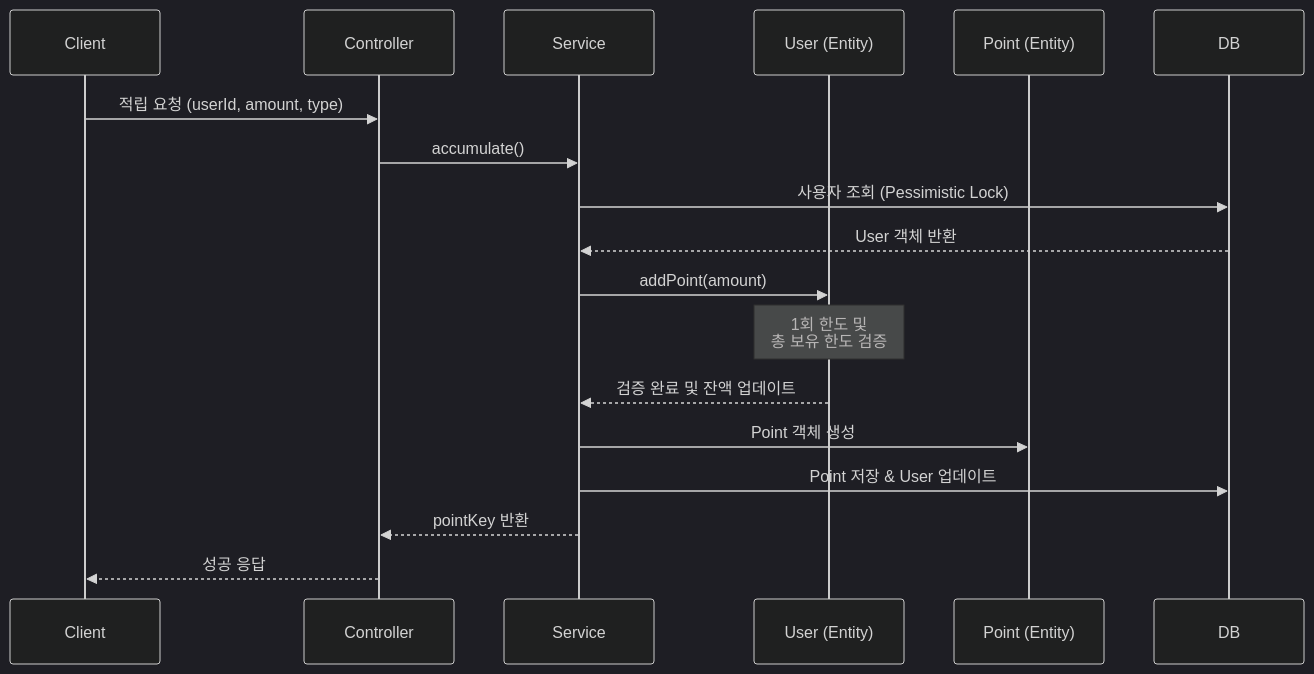
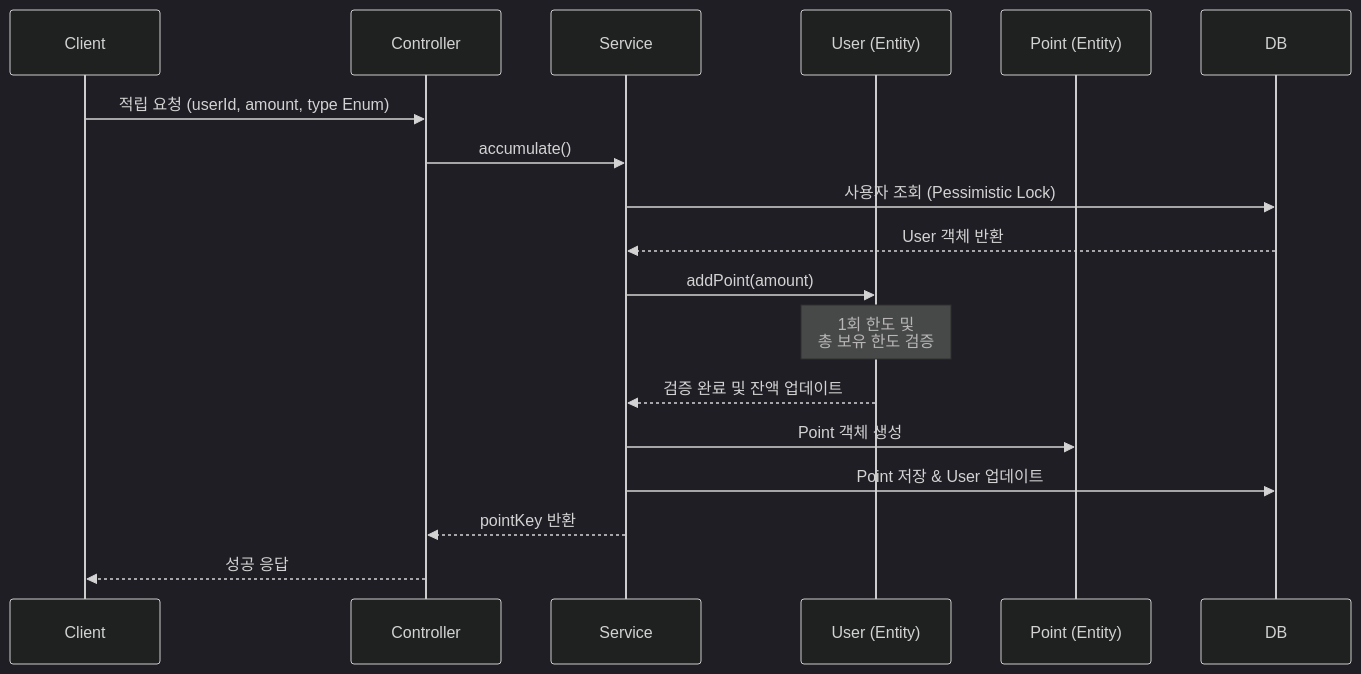
Before and after one commit to muzzaiwork/point: the diagram in docs/api/accumulate.md, drawn with Mermaid (dark theme). The commit also changed other lines of this file and 7 other files, not shown here.

````diff
--- a/docs/api/accumulate.md
+++ b/docs/api/accumulate.md
@@ -38,21 +38,21 @@
 ```mermaid
 sequenceDiagram
     participant Client
     participant Controller
     participant Service
     participant UserEntity as User (Entity)
     participant PointEntity as Point (Entity)
     participant DB
 
-    Client->>Controller: 적립 요청 (userId, amount, type)
+    Client->>Controller: 적립 요청 (userId, amount, type Enum)
     Controller->>Service: accumulate()
     Service->>DB: 사용자 조회 (Pessimistic Lock)
     DB-->>Service: User 객체 반환
     Service->>UserEntity: addPoint(amount)
     Note over UserEntity: 1회 한도 및<br/>총 보유 한도 검증
     UserEntity-->>Service: 검증 완료 및 잔액 업데이트
     Service->>PointEntity: Point 객체 생성
     Service->>DB: Point 저장 & User 업데이트
     Service-->>Controller: pointKey 반환
     Controller-->>Client: 성공 응답
 ```
````
